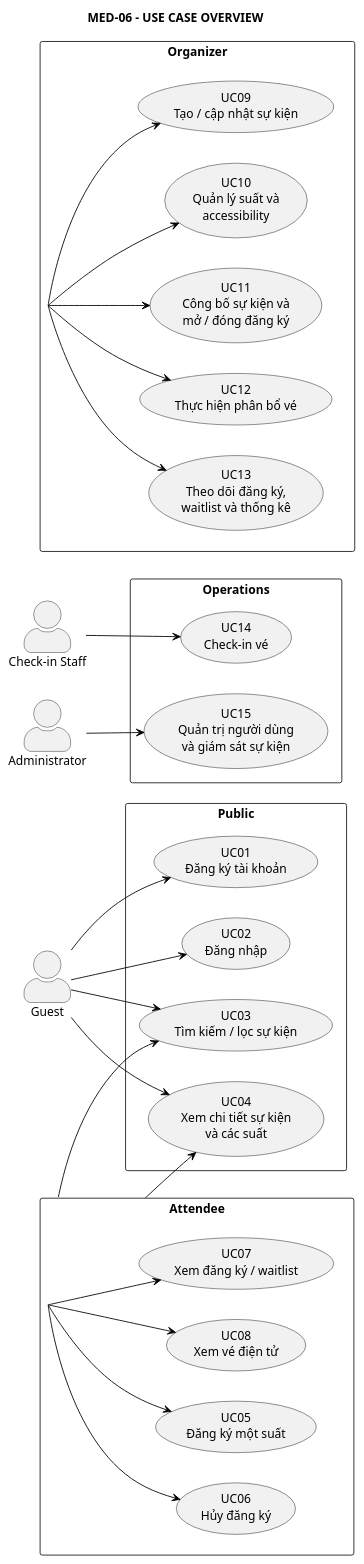
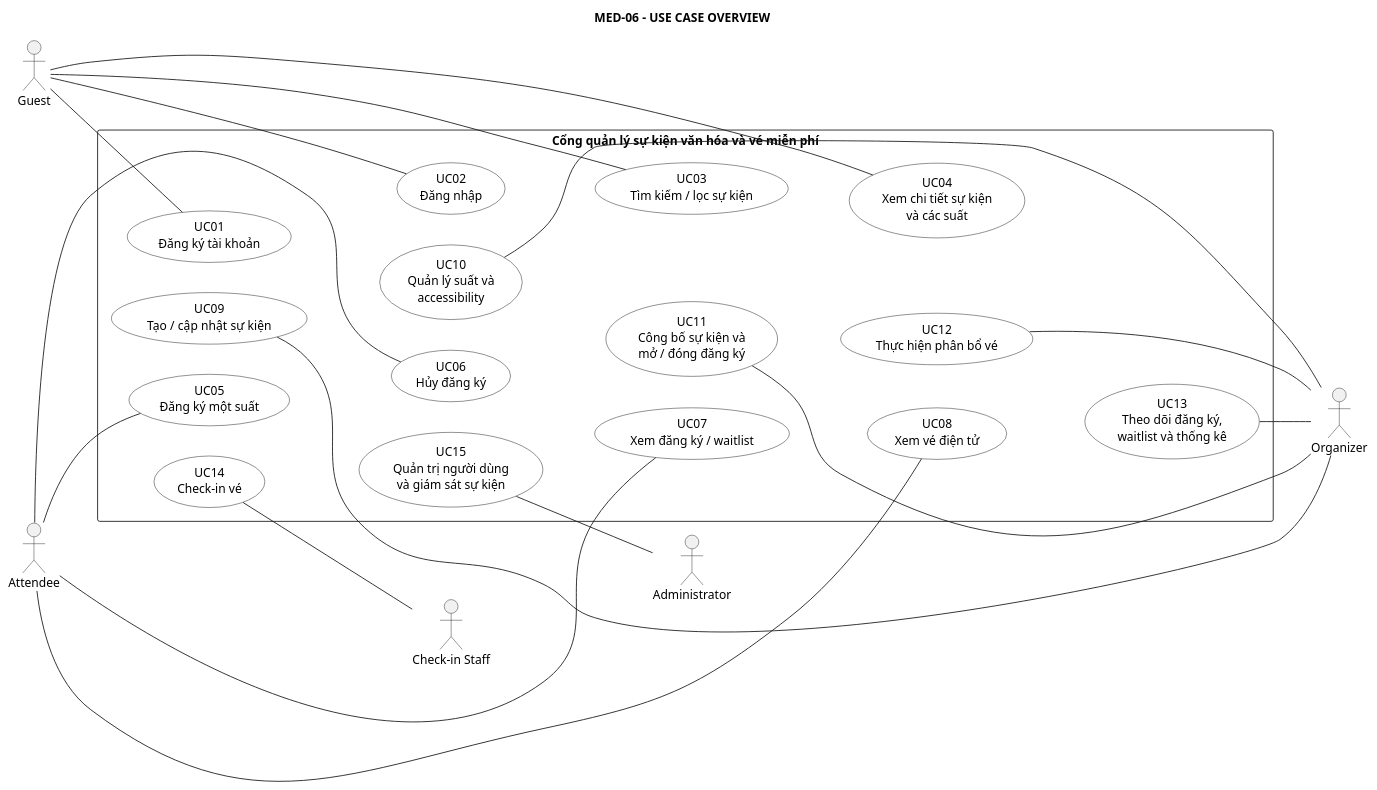
Before and after one commit to anh632k-ui/OOP-DoAn: the diagram in PTTK/01_Actor_UseCase/01-use-case-overview.puml, drawn with PlantUML.

Commit message:
refactor(usecase): professional overview layout with single system boundary

```diff
--- a/PTTK/01_Actor_UseCase/01-use-case-overview.puml
+++ b/PTTK/01_Actor_UseCase/01-use-case-overview.puml
@@ -1,67 +1,84 @@
 @startuml
 left to right direction
+skinparam monochrome true
 skinparam shadowing false
-skinparam actorStyle awesome
+skinparam actorStyle stick
+skinparam defaultFontSize 14
 skinparam packageStyle rectangle
 skinparam usecase {
+  BackgroundColor White
   BorderColor Black
-  ArrowColor Black
+  FontColor Black
 }
 
 title MED-06 - USE CASE OVERVIEW
 
-actor Guest
-actor Attendee
-actor Organizer
-actor "Check-in Staff" as Staff
-actor Administrator as Admin
+actor Guest as Guest
+actor Attendee as Attendee
 
-rectangle "Public" {
+rectangle "Cổng quản lý sự kiện văn hóa và vé miễn phí" as SYS {
   usecase "UC01\nĐăng ký tài khoản" as UC01
   usecase "UC02\nĐăng nhập" as UC02
   usecase "UC03\nTìm kiếm / lọc sự kiện" as UC03
   usecase "UC04\nXem chi tiết sự kiện\nvà các suất" as UC04
-}
 
-rectangle "Attendee" {
   usecase "UC05\nĐăng ký một suất" as UC05
   usecase "UC06\nHủy đăng ký" as UC06
   usecase "UC07\nXem đăng ký / waitlist" as UC07
   usecase "UC08\nXem vé điện tử" as UC08
-}
 
-rectangle "Organizer" {
   usecase "UC09\nTạo / cập nhật sự kiện" as UC09
   usecase "UC10\nQuản lý suất và\naccessibility" as UC10
   usecase "UC11\nCông bố sự kiện và\nmở / đóng đăng ký" as UC11
   usecase "UC12\nThực hiện phân bổ vé" as UC12
   usecase "UC13\nTheo dõi đăng ký,\nwaitlist và thống kê" as UC13
+
+  usecase "UC14\nCheck-in vé" as UC14
+  usecase "UC15\nQuản trị người dùng\nvà giám sát sự kiện" as UC15
+
+  ' Ép layout thành 4 cột gọn, không dùng các box con theo actor.
+  UC01 -[hidden]down- UC02
+  UC02 -[hidden]down- UC03
+  UC03 -[hidden]down- UC04
+
+  UC05 -[hidden]down- UC06
+  UC06 -[hidden]down- UC07
+  UC07 -[hidden]down- UC08
+
+  UC09 -[hidden]down- UC10
+  UC10 -[hidden]down- UC11
+  UC11 -[hidden]down- UC12
+  UC12 -[hidden]down- UC13
+
+  UC14 -[hidden]down- UC15
+
+  UC01 -[hidden]right- UC05
+  UC05 -[hidden]right- UC09
+  UC09 -[hidden]right- UC14
 }
 
-rectangle "Operations" {
-  usecase "UC14\nCheck-in vé" as UC14
-  usecase "UC15\nQuản trị người dùng\nvà giám sát sự kiện" as UC15
-}
+actor Organizer as Organizer
+actor "Check-in Staff" as Staff
+actor Administrator as Admin
 
-Guest --> UC01
-Guest --> UC02
-Guest --> UC03
-Guest --> UC04
+' Association actor-use case dùng đường thường, không dùng arrowhead.
+Guest -- UC01
+Guest -- UC02
+Guest -- UC03
+Guest -- UC04
 
-Attendee --> UC03
-Attendee --> UC04
-Attendee --> UC05
-Attendee --> UC06
-Attendee --> UC07
-Attendee --> UC08
+Attendee -- UC05
+Attendee -- UC06
+Attendee -- UC07
+Attendee -- UC08
 
-Organizer --> UC09
-Organizer --> UC10
-Organizer --> UC11
-Organizer --> UC12
-Organizer --> UC13
+UC09 -- Organizer
+UC10 -- Organizer
+UC11 -- Organizer
+UC12 -- Organizer
+UC13 -- Organizer
 
-Staff --> UC14
-Admin --> UC15
+UC14 -- Staff
+UC15 -- Admin
 
 @enduml
```
